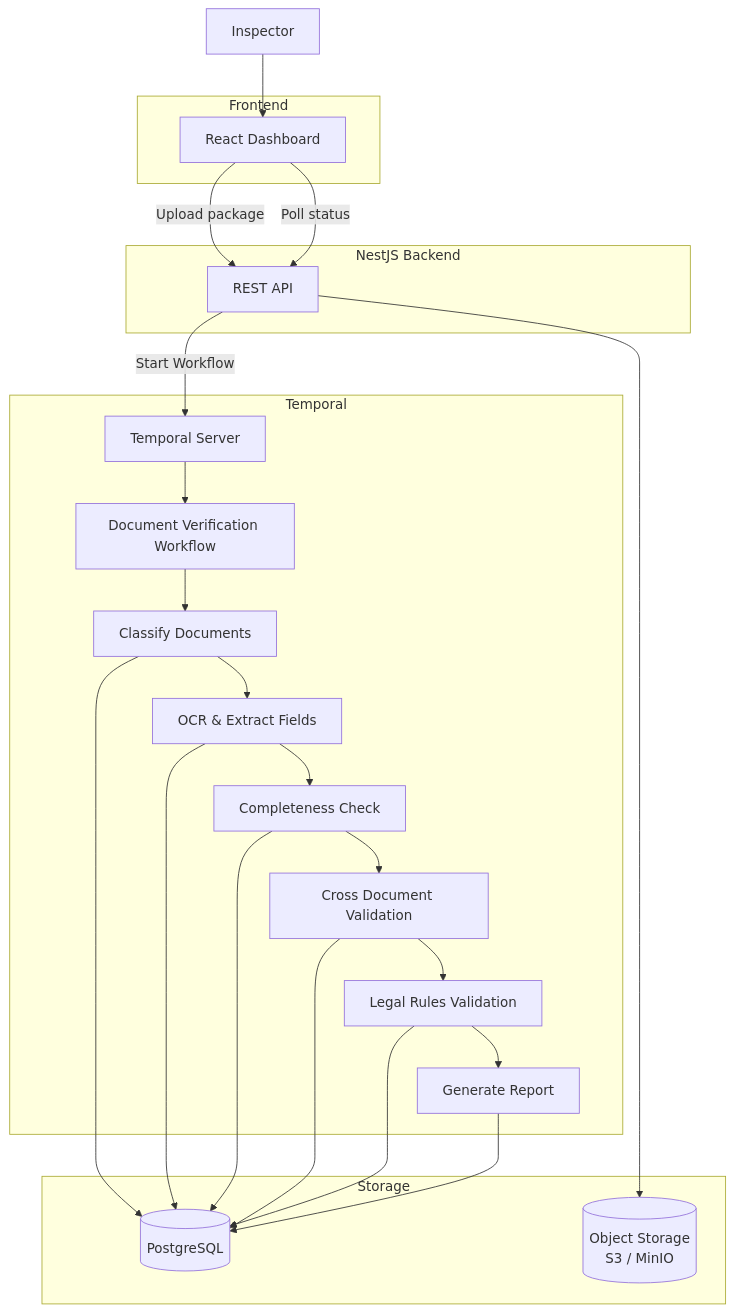
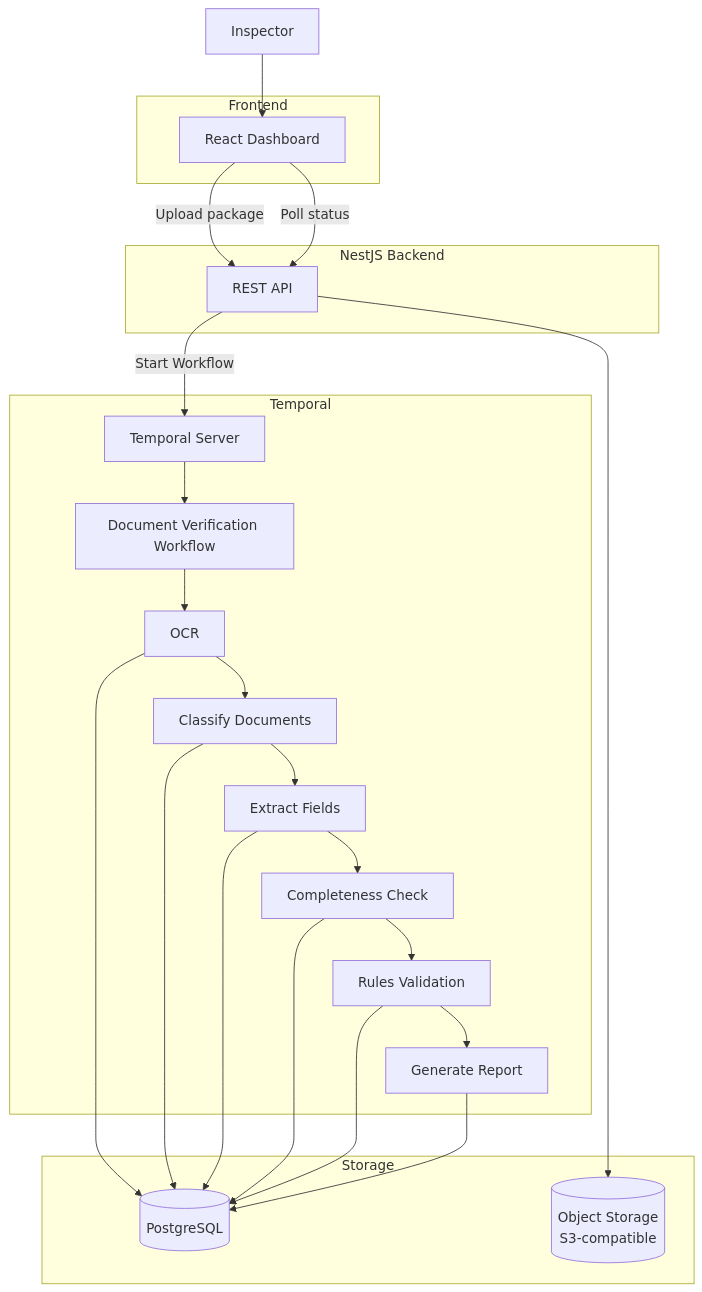
Before and after one commit to AIShrugged/AZ-Cadastre: the diagram in docs/PRD.md, drawn with Mermaid. The commit also changed other lines of this file and 5 other files, not shown here.

````diff
--- a/docs/PRD.md
+++ b/docs/PRD.md
@@ -321,54 +322,54 @@
 ```mermaid
 flowchart TD
 User[Inspector]
 
     subgraph Frontend
         UI[React Dashboard]
     end
 
     subgraph Backend[NestJS Backend]
         API[REST API]
     end
 
     subgraph Workflow[Temporal]
         TS[Temporal Server]
 
         WF[Document Verification Workflow]
 
-        A1[Classify Documents]
-        A2[OCR & Extract Fields]
-        A3[Completeness Check]
-        A4[Cross Document Validation]
-        A5[Legal Rules Validation]
+        A1[OCR]
+        A2[Classify Documents]
+        A3[Extract Fields]
+        A4[Completeness Check]
+        A5[Rules Validation]
         A6[Generate Report]
     end
 
     subgraph Storage
         DB[(PostgreSQL)]
-        OBJ[(Object Storage\nS3 / MinIO)]
+        OBJ[(Object Storage\nS3-compatible)]
     end
 
     User --> UI
 
     UI -->|Upload package| API
     UI -->|Poll status| API
 
     API --> OBJ
     API -->|Start Workflow| TS
 
     TS --> WF
 
     WF --> A1
     A1 --> A2
     A2 --> A3
     A3 --> A4
     A4 --> A5
     A5 --> A6
 
     A1 --> DB
     A2 --> DB
     A3 --> DB
     A4 --> DB
     A5 --> DB
     A6 --> DB
 ```
````
